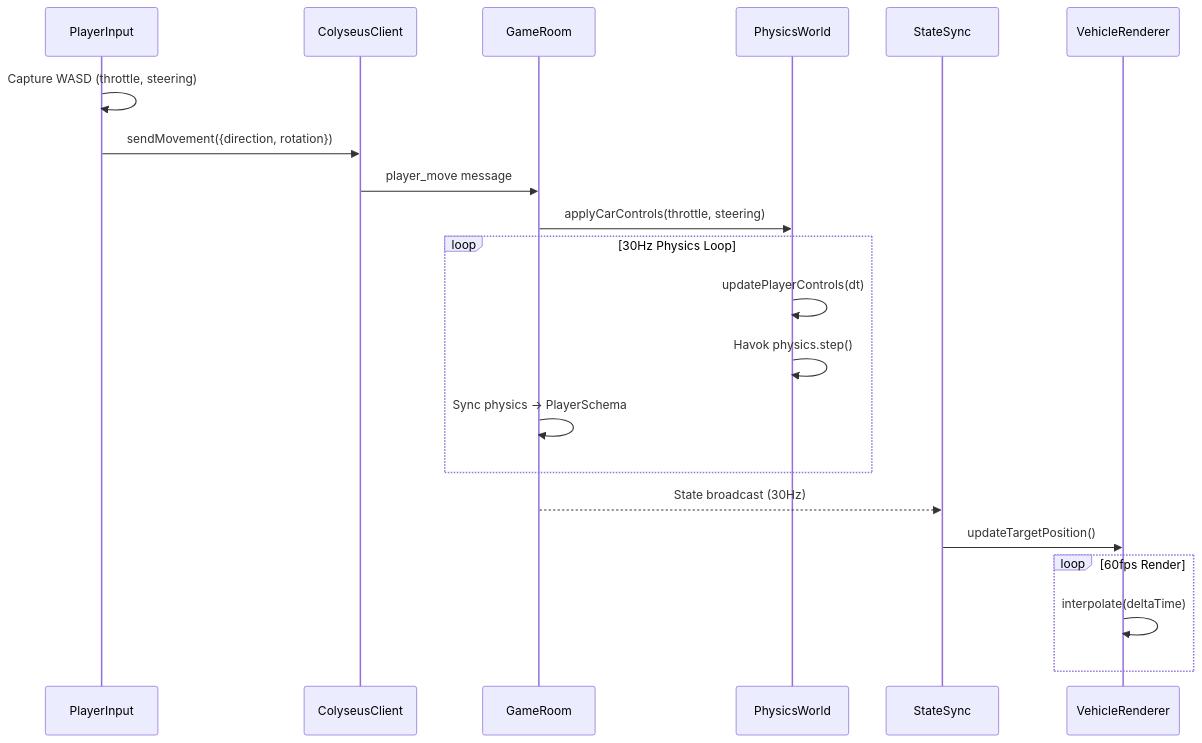
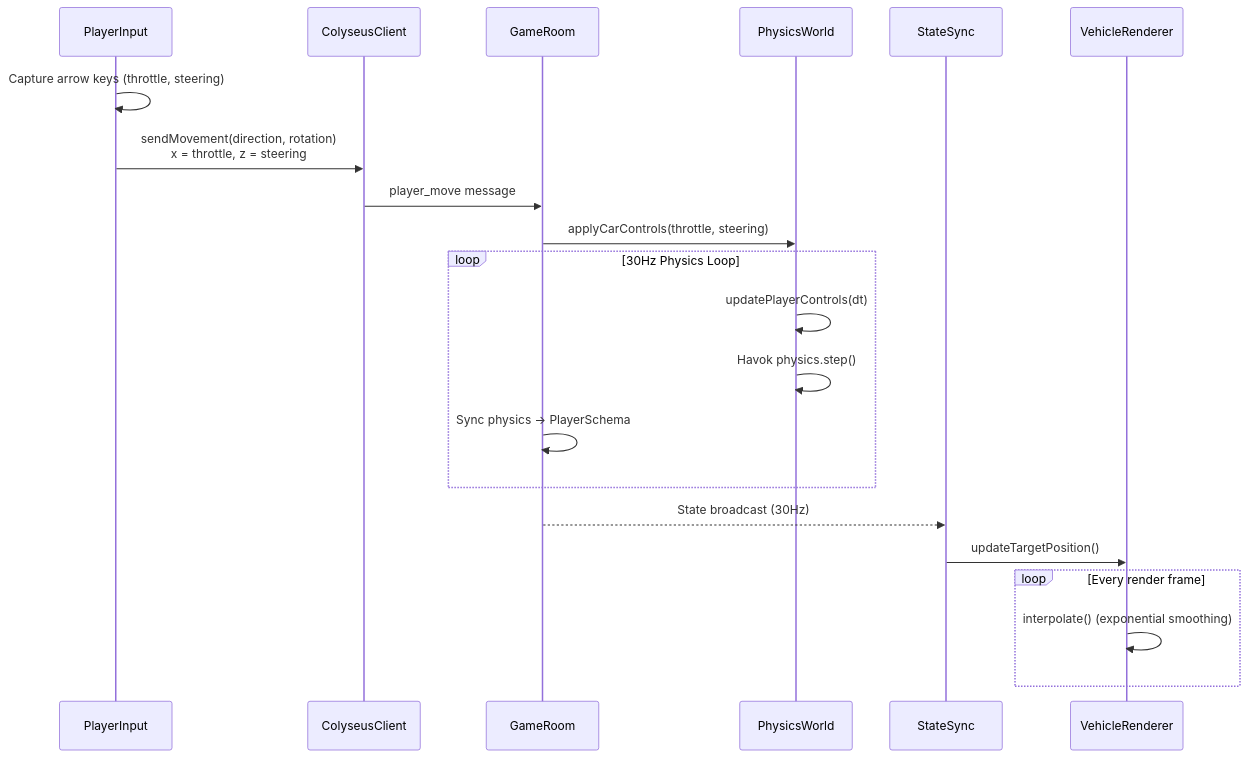
Before and after one commit to nguyenvanduocit/the-car-game: the fifth of 8 diagrams in docs/ARCHITECTURE.md, drawn with Mermaid. The commit also changed other lines of this file and 18 other files, not shown here.

````diff
--- a/docs/ARCHITECTURE.md
+++ b/docs/ARCHITECTURE.md
@@ -257,27 +268,27 @@
 ```mermaid
 sequenceDiagram
     participant PI as PlayerInput
     participant CC as ColyseusClient
     participant GR as GameRoom
     participant PW as PhysicsWorld
     participant SS as StateSync
     participant VR as VehicleRenderer
 
-    PI->>PI: Capture WASD (throttle, steering)
-    PI->>CC: sendMovement({direction, rotation})
+    PI->>PI: Capture arrow keys (throttle, steering)
+    PI->>CC: sendMovement(direction, rotation)<br/>x = throttle, z = steering
     CC->>GR: player_move message
     GR->>PW: applyCarControls(throttle, steering)
 
     loop 30Hz Physics Loop
         PW->>PW: updatePlayerControls(dt)
         PW->>PW: Havok physics.step()
         GR->>GR: Sync physics → PlayerSchema
     end
 
     GR-->>SS: State broadcast (30Hz)
     SS->>VR: updateTargetPosition()
 
-    loop 60fps Render
-        VR->>VR: interpolate(deltaTime)
+    loop Every render frame
+        VR->>VR: interpolate() (exponential smoothing)
     end
 ```
````
